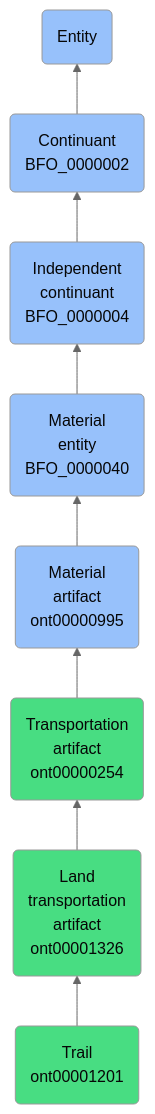
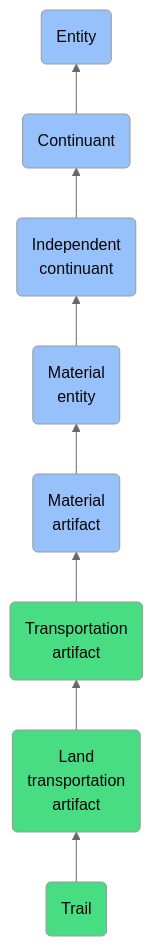
Before and after one commit to jupyter-naas/abi: the diagram in docs/ontology/reference/model/Entity/Continuant/Independent continuant/Material entity/Material artifact/Transportation artifact/Land transportation artifact/Trail/Trail.md, drawn with Mermaid (neutral theme). The commit also changed other lines of this file and 1430 other files, not shown here.

````diff
--- a/docs/ontology/reference/model/Entity/Continuant/Independent continuant/Material entity/Material artifact/Transportation artifact/Land transportation artifact/Trail/Trail.md
+++ b/docs/ontology/reference/model/Entity/Continuant/Independent continuant/Material entity/Material artifact/Transportation artifact/Land transportation artifact/Trail/Trail.md
@@ -24,15 +24,15 @@
 ```mermaid
 graph BT
-    ont00001201(Trail<br>ont00001201):::ABI-->ont00001326
-    ont00001326(Land<br>transportation<br>artifact<br>ont00001326):::ABI-->ont00000254
-    ont00000254(Transportation<br>artifact<br>ont00000254):::ABI-->ont00000995
-    ont00000995(Material<br>artifact<br>ont00000995):::BFO-->BFO_0000040
-    BFO_0000040(Material<br>entity<br>BFO_0000040):::BFO-->BFO_0000004
-    BFO_0000004(Independent<br>continuant<br>BFO_0000004):::BFO-->BFO_0000002
-    BFO_0000002(Continuant<br>BFO_0000002):::BFO-->BFO_0000001
+    ont00001201(Trail):::ABI-->ont00001326
+    ont00001326(Land<br>transportation<br>artifact):::ABI-->ont00000254
+    ont00000254(Transportation<br>artifact):::ABI-->ont00000995
+    ont00000995(Material<br>artifact):::BFO-->BFO_0000040
+    BFO_0000040(Material<br>entity):::BFO-->BFO_0000004
+    BFO_0000004(Independent<br>continuant):::BFO-->BFO_0000002
+    BFO_0000002(Continuant):::BFO-->BFO_0000001
     BFO_0000001(Entity):::BFO
     
     classDef BFO fill:#97c1fb,color:#060606
     classDef CCO fill:#e4c51e,color:#060606
     classDef ABI fill:#48DD82,color:#060606
 ```
````
